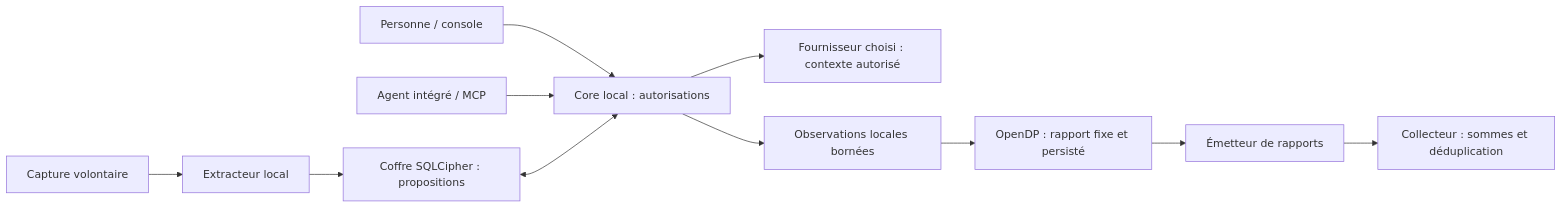
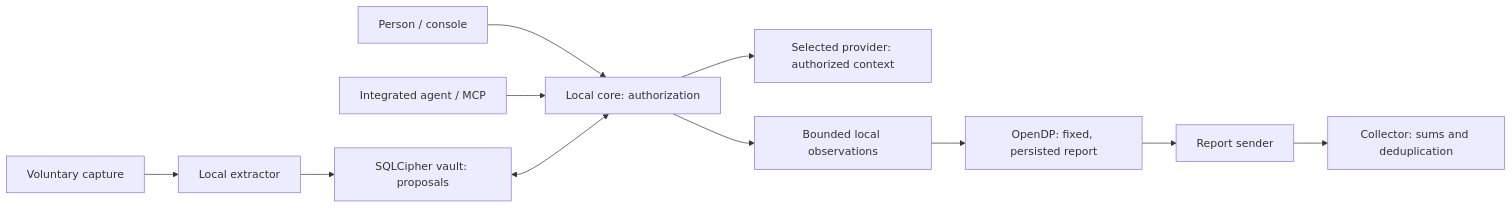
The diagram in ARCHITECTURE.md (nabz0r/OMNI-OS), drawn with Mermaid before and after one commit. The commit also changed other lines of this file and 11 other files, not shown here.

````diff
--- a/ARCHITECTURE.md
+++ b/ARCHITECTURE.md
@@ -177,13 +177,13 @@
 ```mermaid
 flowchart LR
-  U[Personne / console] --> C[Core local : autorisations]
-  A[Agent intégré / MCP] --> C
-  B[Capture volontaire] --> L[Extracteur local]
-  L --> V[Coffre SQLCipher : propositions]
+  U[Person / console] --> C[Local core: authorization]
+  A[Integrated agent / MCP] --> C
+  B[Voluntary capture] --> L[Local extractor]
+  L --> V[SQLCipher vault: proposals]
   V <--> C
-  C --> P[Fournisseur choisi : contexte autorisé]
-  C --> O[Observations locales bornées]
-  O --> D[OpenDP : rapport fixe et persisté]
-  D --> S[Émetteur de rapports]
-  S --> G[Collecteur : sommes et déduplication]
+  C --> P[Selected provider: authorized context]
+  C --> O[Bounded local observations]
+  O --> D[OpenDP: fixed, persisted report]
+  D --> S[Report sender]
+  S --> G[Collector: sums and deduplication]
 ```
````
